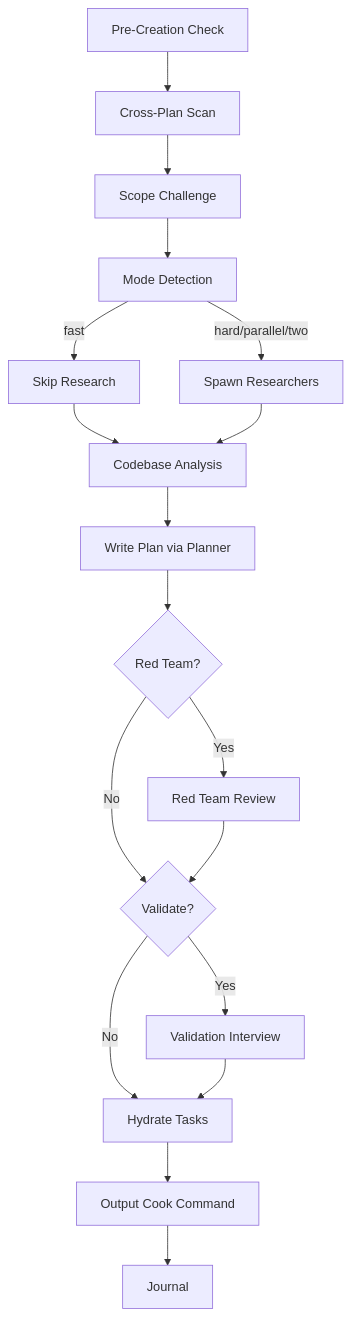
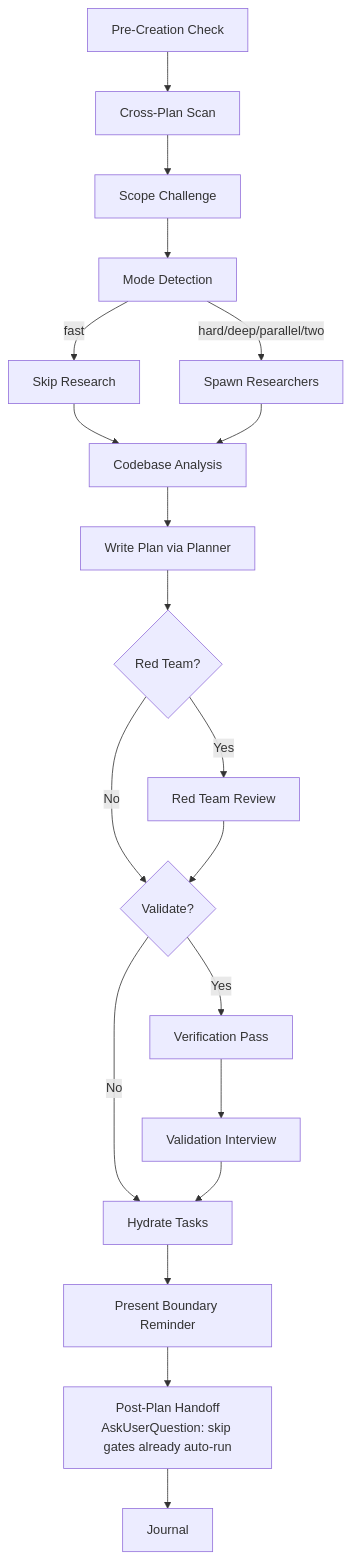
Before and after one commit to quanganh208/chatofy: the diagram in .claude/skills/ck-plan/SKILL.md, drawn with Mermaid. The commit also changed other lines of this file and 1140 other files, not shown here.

````diff
--- a/.claude/skills/ck-plan/SKILL.md
+++ b/.claude/skills/ck-plan/SKILL.md
@@ -110,20 +222,22 @@
 ```mermaid
 flowchart TD
     A[Pre-Creation Check] --> B[Cross-Plan Scan]
     B --> C[Scope Challenge]
     C --> D[Mode Detection]
     D -->|fast| E[Skip Research]
-    D -->|hard/parallel/two| F[Spawn Researchers]
+    D -->|hard/deep/parallel/two| F[Spawn Researchers]
     E --> G[Codebase Analysis]
     F --> G
     G --> H[Write Plan via Planner]
     H --> I{Red Team?}
     I -->|Yes| J[Red Team Review]
     I -->|No| K{Validate?}
     J --> K
-    K -->|Yes| L[Validation Interview]
+    K -->|Yes| V[Verification Pass]
     K -->|No| M[Hydrate Tasks]
+    V --> L[Validation Interview]
     L --> M
-    M --> N[Output Cook Command]
-    N --> O[Journal]
+    M --> N[Present Boundary Reminder]
+    N --> P[Post-Plan Handoff<br/>AskUserQuestion: skip gates already auto-run]
+    P --> O[Journal]
 ```
````
